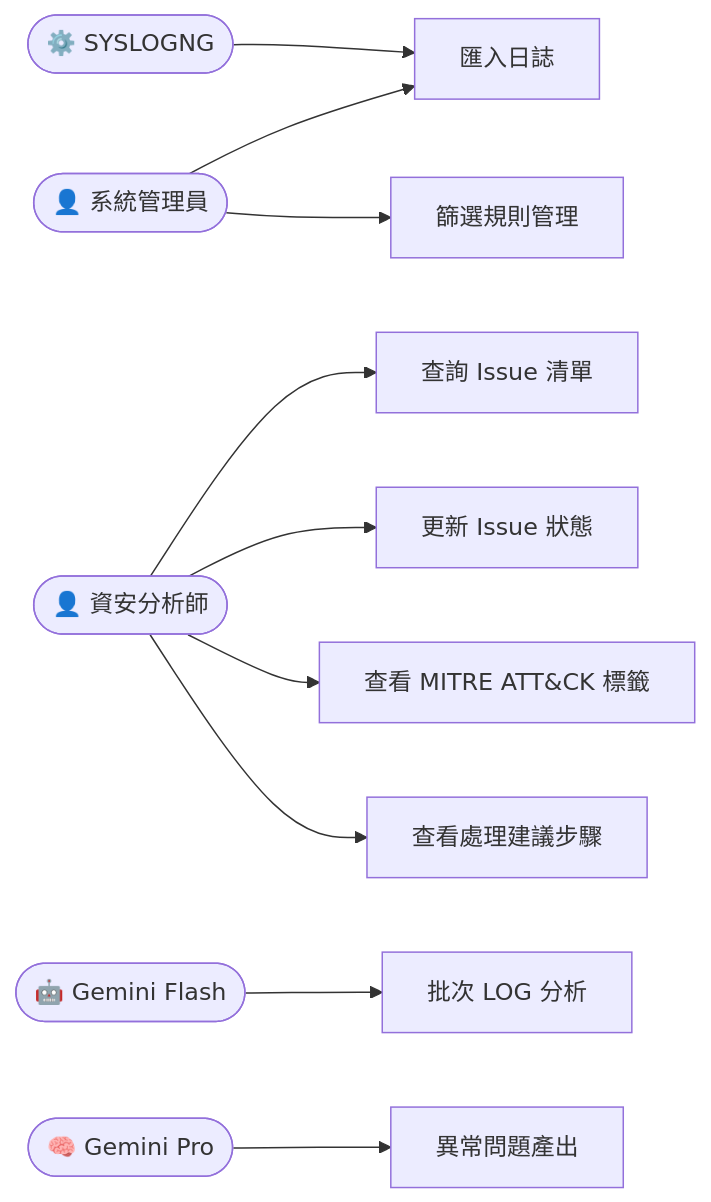
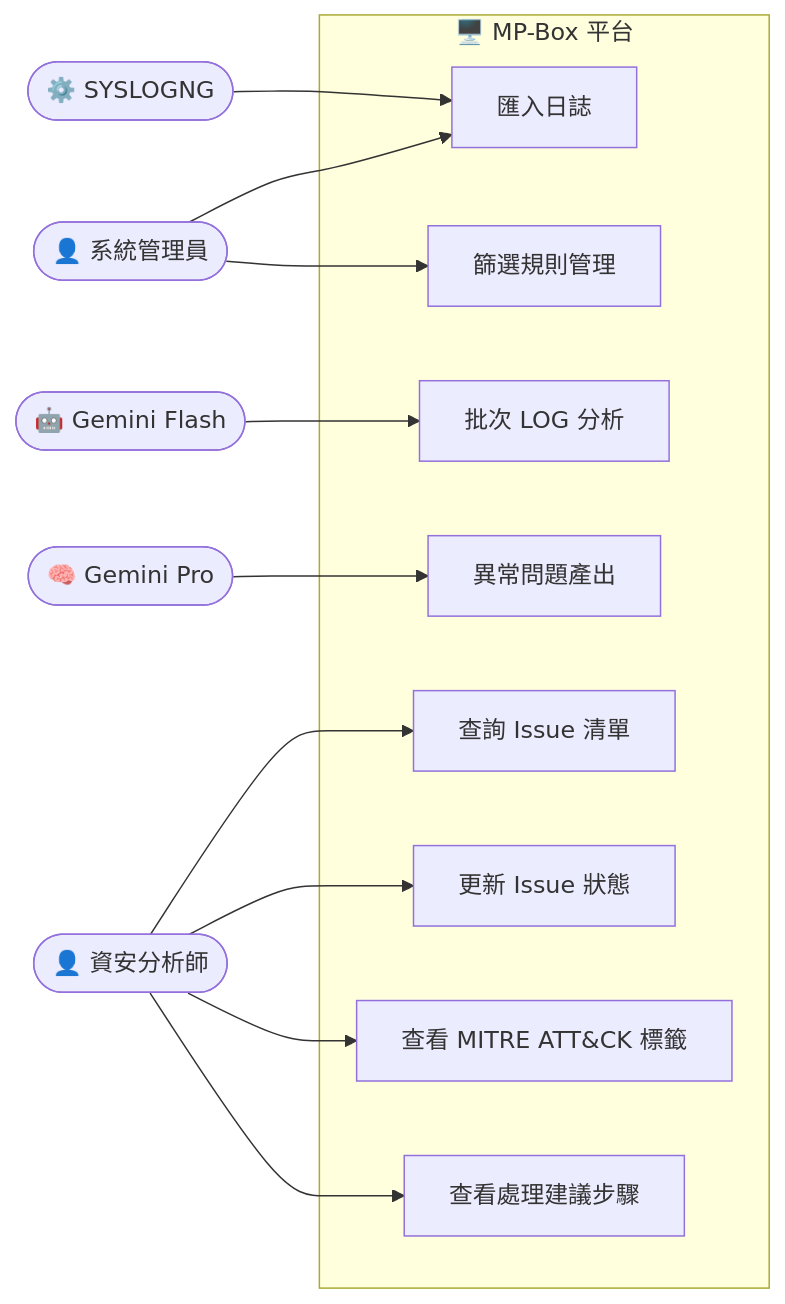
One commit to MPinfo-Co/P1-analysis changed the second of 3 diagrams in diagrams/log-processing.md. Above: the diagram before and after it, drawn with Mermaid.

Commit message:
docs(ucd): 加入 MP-Box 平台系統邊界框
在 Use Case Diagram 中以 subgraph 標示 MP-Box 平台範圍，
UC1~UC8 移入框內，SYSLOGNG / Gemini / 使用者角色維持框外。

````diff
--- a/diagrams/log-processing.md
+++ b/diagrams/log-processing.md
@@ -47,27 +47,29 @@
 ```mermaid
 graph LR
     SysAdmin(["👤 系統管理員"])
     SecAnalyst(["👤 資安分析師"])
     Syslogng(["⚙️ SYSLOGNG"])
     Flash(["🤖 Gemini Flash"])
     Pro(["🧠 Gemini Pro"])
 
-    UC1["匯入日誌"]
-    UC2["篩選規則管理"]
-    UC3["批次 LOG 分析"]
-    UC4["異常問題產出"]
-    UC5["查詢 Issue 清單"]
-    UC6["更新 Issue 狀態"]
-    UC7["查看 MITRE ATT&CK 標籤"]
-    UC8["查看處理建議步驟"]
+    subgraph MPBox["🖥️ MP-Box 平台"]
+        UC1["匯入日誌"]
+        UC2["篩選規則管理"]
+        UC3["批次 LOG 分析"]
+        UC4["異常問題產出"]
+        UC5["查詢 Issue 清單"]
+        UC6["更新 Issue 狀態"]
+        UC7["查看 MITRE ATT&CK 標籤"]
+        UC8["查看處理建議步驟"]
+    end
 
     Syslogng --> UC1
     SysAdmin --> UC1
     SysAdmin --> UC2
     Flash --> UC3
     Pro --> UC4
     SecAnalyst --> UC5
     SecAnalyst --> UC6
     SecAnalyst --> UC7
     SecAnalyst --> UC8
 ```
````
